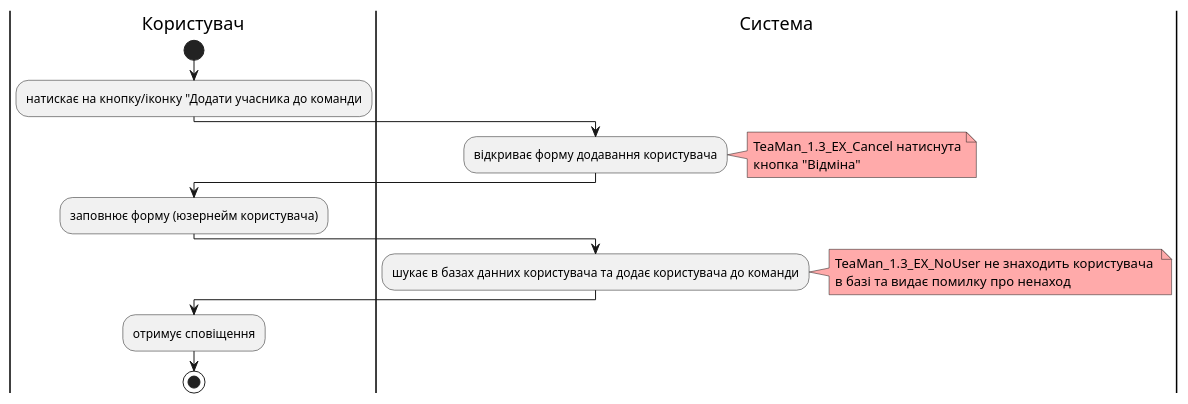
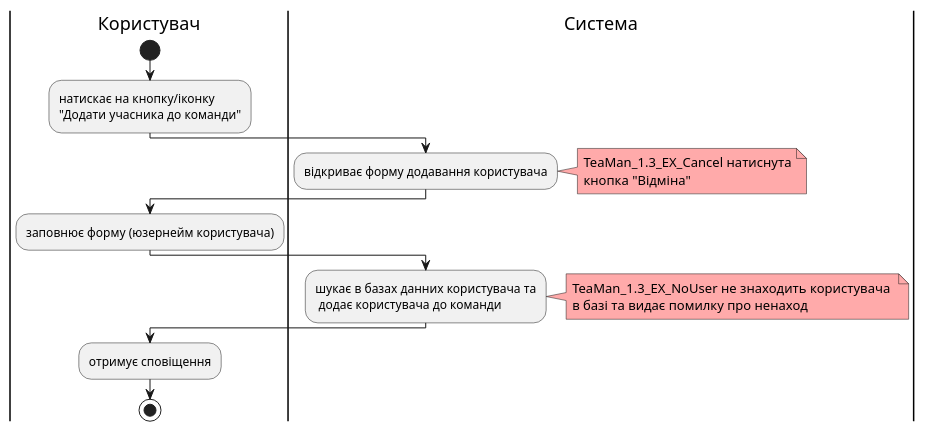
One commit to cholombytko/project-management-system changed the eighth of 14 diagrams in docs/use cases/README.md. Above: the diagram before and after it, drawn with PlantUML. The commit also changed other lines of this file, not shown here.

Commit message:
Diagrams

```diff
--- a/docs/use cases/README.md
+++ b/docs/use cases/README.md
@@ -290,24 +391,26 @@
 @startuml
 
     |Користувач|
         start
-        :натискає на кнопку/іконку "Додати учасника до команди;
+        :натискає на кнопку/іконку 
+        "Додати учасника до команди";
     |Система|
         :відкриває форму додавання користувача;
         note right #ffaaaa
         TeaMan_1.3_EX_Cancel натиснута
         кнопка "Відміна"
         end note
     |Користувач|
         :заповнює форму (юзернейм користувача);
     |Система|
-        :шукає в базах данних користувача та додає користувача до команди;
+        :шукає в базах данних користувача та
+         додає користувача до команди;
         note right #ffaaaa
         TeaMan_1.3_EX_NoUser не знаходить користувача 
         в базі та видає помилку про ненаход
         end note
     |Користувач|
         :отримує сповіщення;
         stop;
 
 @enduml
```
